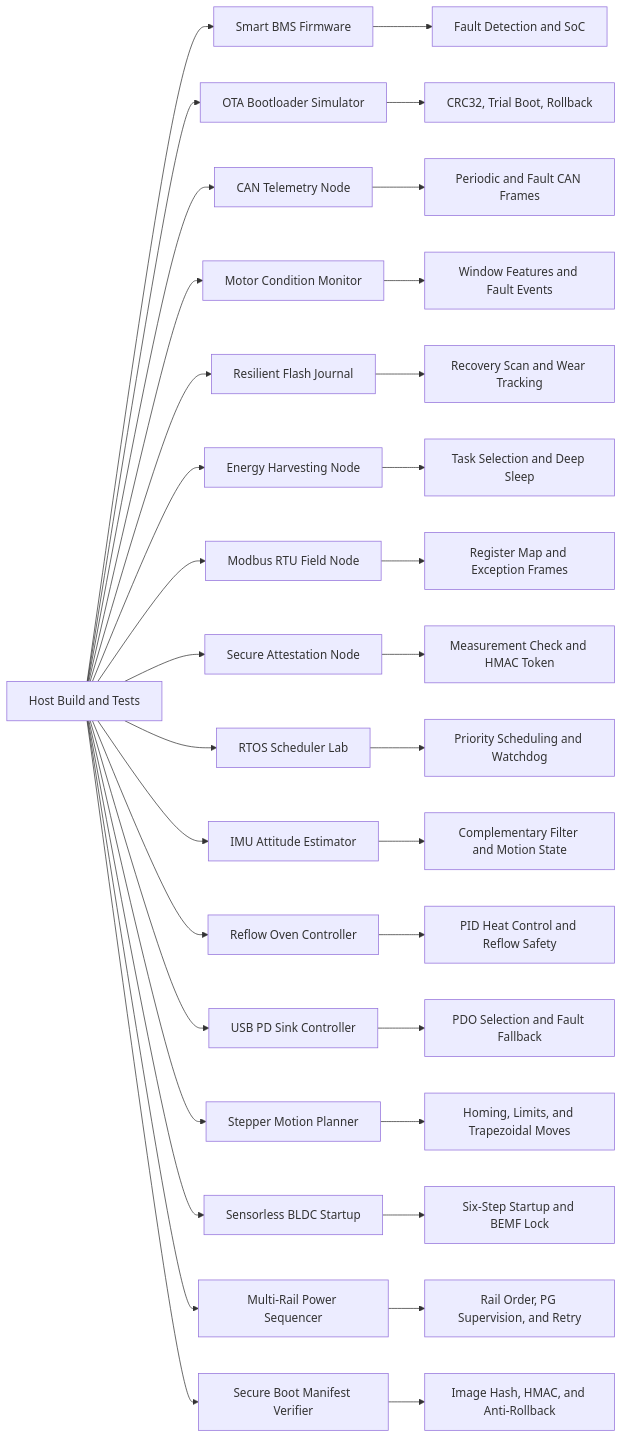
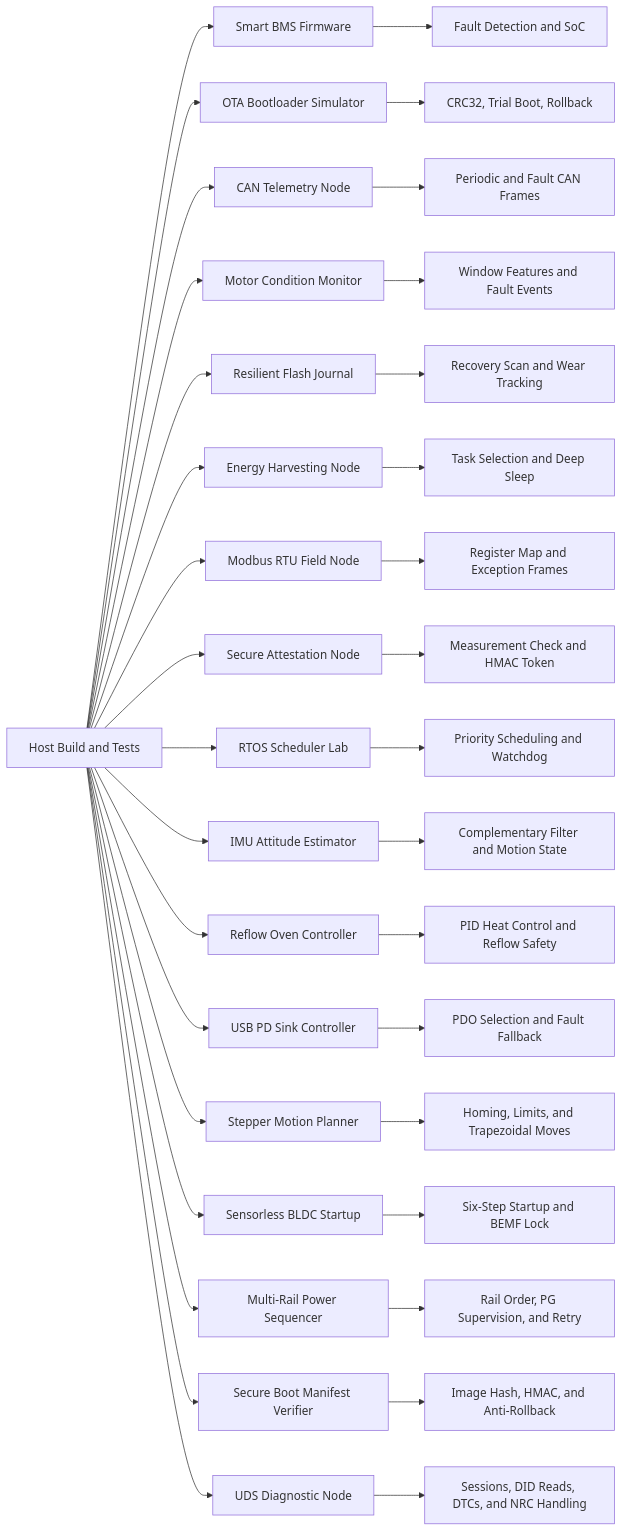
Before and after one commit to akifitu/embedded-systems-collection: the diagram in README.md, drawn with Mermaid. The commit also changed other lines of this file and 14 other files, not shown here.

Commit message:
Add UDS diagnostic node project

````diff
--- a/README.md
+++ b/README.md
@@ -34,35 +35,37 @@
 ```mermaid
 flowchart LR
     Host[Host Build and Tests] --> BMS[Smart BMS Firmware]
     Host --> OTA[OTA Bootloader Simulator]
     Host --> CAN[CAN Telemetry Node]
     Host --> MCM[Motor Condition Monitor]
     Host --> RFJ[Resilient Flash Journal]
     Host --> EHN[Energy Harvesting Node]
     Host --> MB[Modbus RTU Field Node]
     Host --> SAN[Secure Attestation Node]
     Host --> RTOS[RTOS Scheduler Lab]
     Host --> IMU[IMU Attitude Estimator]
     Host --> RO[Reflow Oven Controller]
     Host --> PD[USB PD Sink Controller]
     Host --> SMP[Stepper Motion Planner]
     Host --> BLDC[Sensorless BLDC Startup]
     Host --> PSEQ[Multi-Rail Power Sequencer]
     Host --> SBV[Secure Boot Manifest Verifier]
+    Host --> UDS[UDS Diagnostic Node]
     BMS --> Safety[Fault Detection and SoC]
     OTA --> Reliability[CRC32, Trial Boot, Rollback]
     CAN --> VehicleBus[Periodic and Fault CAN Frames]
     MCM --> Predictive[Window Features and Fault Events]
     RFJ --> Persistence[Recovery Scan and Wear Tracking]
     EHN --> Power[Task Selection and Deep Sleep]
     MB --> Industrial[Register Map and Exception Frames]
     SAN --> Trust[Measurement Check and HMAC Token]
     RTOS --> Timing[Priority Scheduling and Watchdog]
     IMU --> Fusion[Complementary Filter and Motion State]
     RO --> Thermal[PID Heat Control and Reflow Safety]
     PD --> Negotiation[PDO Selection and Fault Fallback]
     SMP --> Motion[Homing, Limits, and Trapezoidal Moves]
     BLDC --> Drive[Six-Step Startup and BEMF Lock]
     PSEQ --> BoardPower[Rail Order, PG Supervision, and Retry]
     SBV --> Chain[Image Hash, HMAC, and Anti-Rollback]
+    UDS --> Diag[Sessions, DID Reads, DTCs, and NRC Handling]
 ```
````
